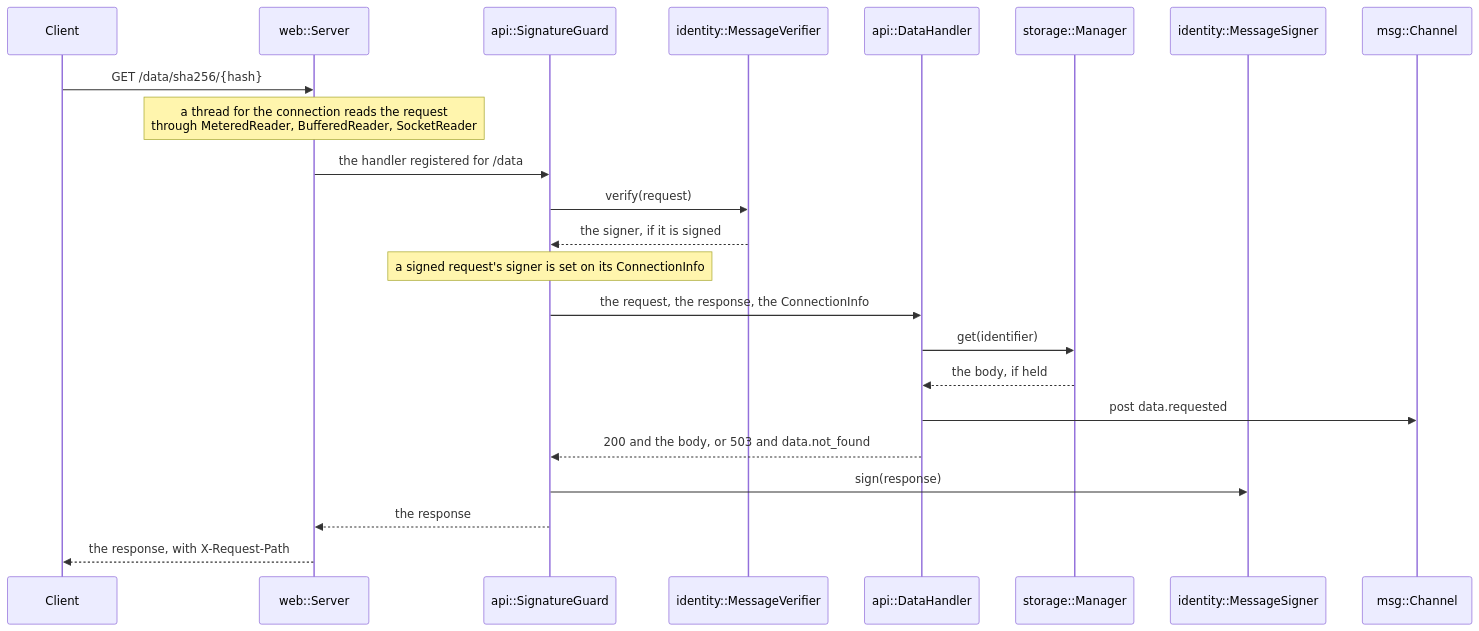
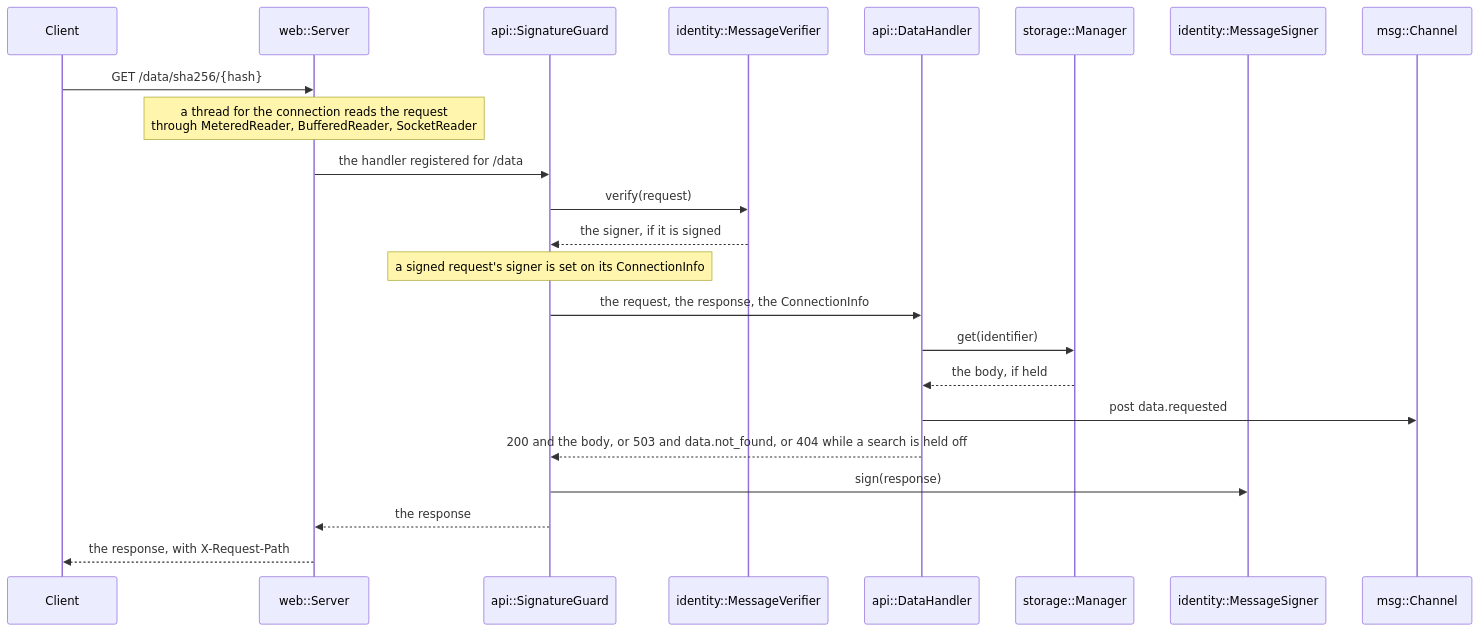
Diagram 16 of 17 in cpp/docs/Overview.md (marcpage/libranet), drawn with Mermaid before and after one commit. The commit also changed other lines of this file and 2 other files, not shown here.

````diff
--- a/cpp/docs/Overview.md
+++ b/cpp/docs/Overview.md
@@ -1178,26 +1237,26 @@
 ```mermaid
 sequenceDiagram
     participant Client
     participant Server as web::Server
     participant Guard as api::SignatureGuard
     participant Verifier as identity::MessageVerifier
     participant Handler as api::DataHandler
     participant Store as storage::Manager
     participant Signer as identity::MessageSigner
     participant Channel as msg::Channel
 
     Client->>Server: GET /data/sha256/{hash}
     Note over Server: a thread for the connection reads the request<br/>through MeteredReader, BufferedReader, SocketReader
     Server->>Guard: the handler registered for /data
     Guard->>Verifier: verify(request)
     Verifier-->>Guard: the signer, if it is signed
     Note over Guard: a signed request's signer is set on its ConnectionInfo
     Guard->>Handler: the request, the response, the ConnectionInfo
     Handler->>Store: get(identifier)
     Store-->>Handler: the body, if held
     Handler->>Channel: post data.requested
-    Handler-->>Guard: 200 and the body, or 503 and data.not_found
+    Handler-->>Guard: 200 and the body, or 503 and data.not_found, or 404 while a search is held off
     Guard->>Signer: sign(response)
     Guard-->>Server: the response
     Server-->>Client: the response, with X-Request-Path
 ```
````
